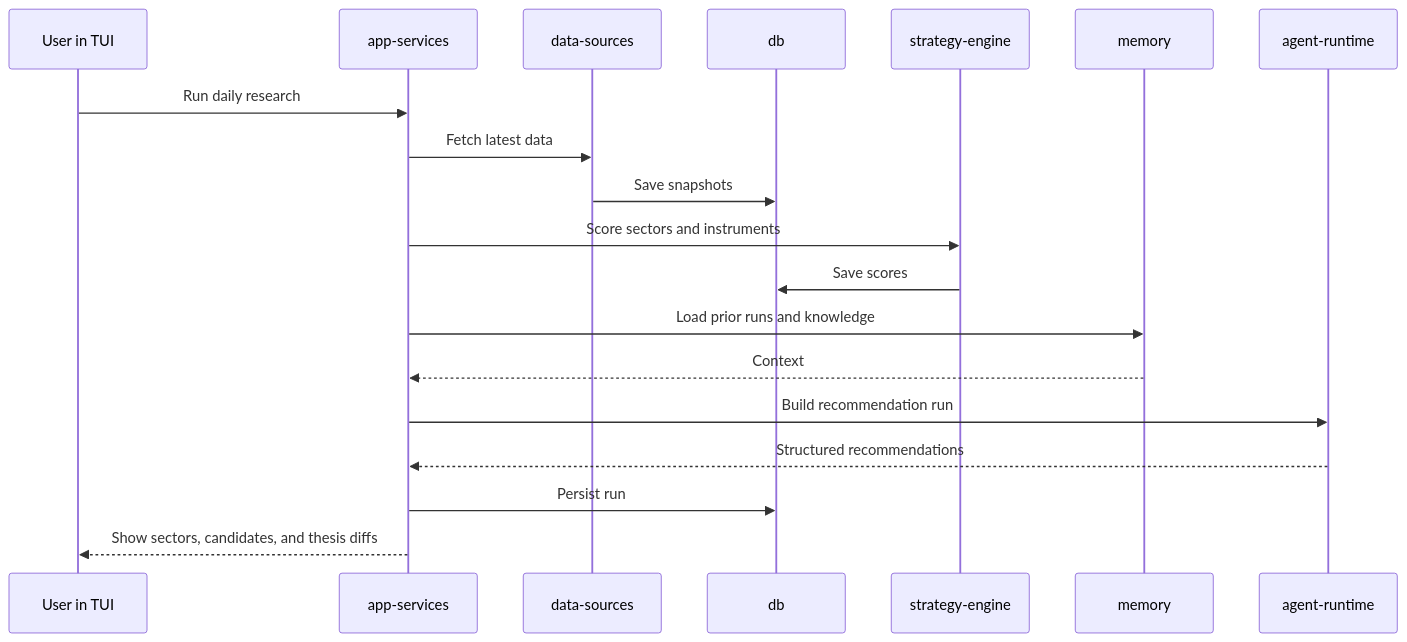
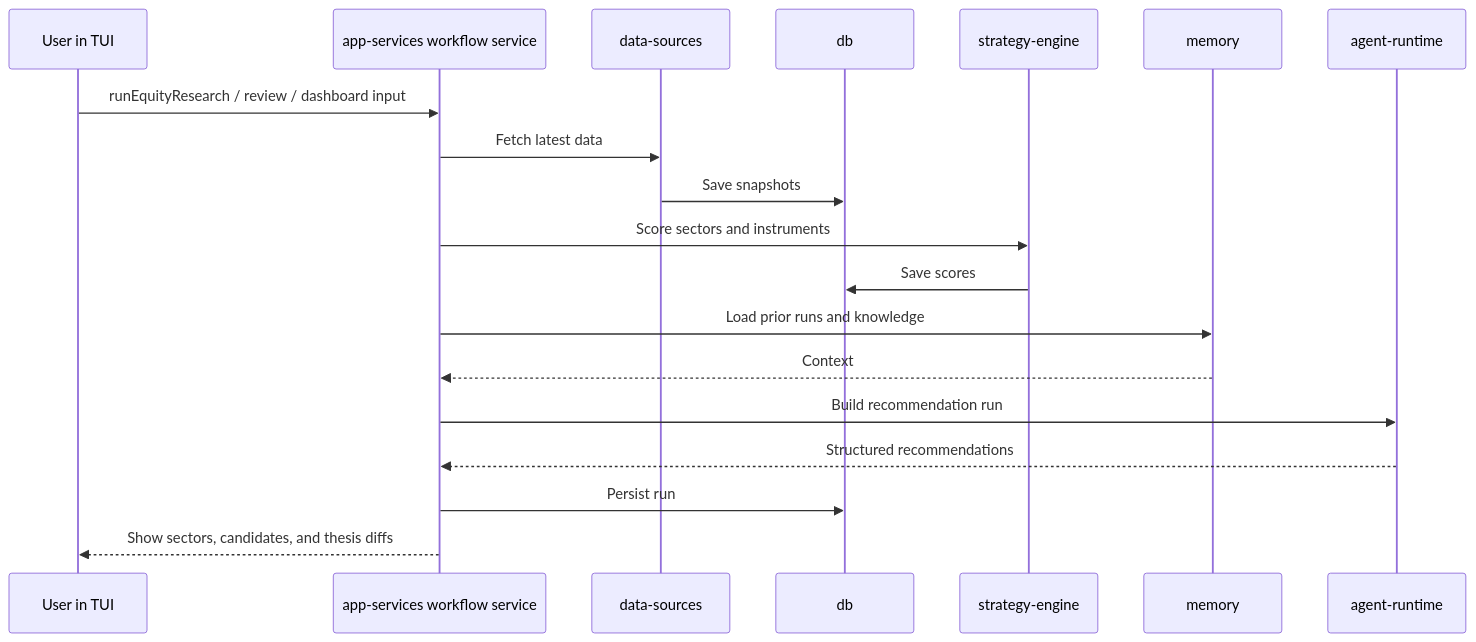
The fourth of 5 diagrams in docs/architecture.md (decocereus/tradeai), drawn with Mermaid before and after one commit. The commit also changed other lines of this file and 43 other files, not shown here.

````diff
--- a/docs/architecture.md
+++ b/docs/architecture.md
@@ -112,22 +112,22 @@
 ```mermaid
 sequenceDiagram
     participant U as User in TUI
-    participant S as app-services
+    participant S as app-services workflow service
     participant D as data-sources
     participant DB as db
     participant SE as strategy-engine
     participant M as memory
     participant A as agent-runtime
 
-    U->>S: Run daily research
+    U->>S: runEquityResearch / review / dashboard input
     S->>D: Fetch latest data
     D->>DB: Save snapshots
     S->>SE: Score sectors and instruments
     SE->>DB: Save scores
     S->>M: Load prior runs and knowledge
     M-->>S: Context
     S->>A: Build recommendation run
     A-->>S: Structured recommendations
     S->>DB: Persist run
     S-->>U: Show sectors, candidates, and thesis diffs
 ```
````
